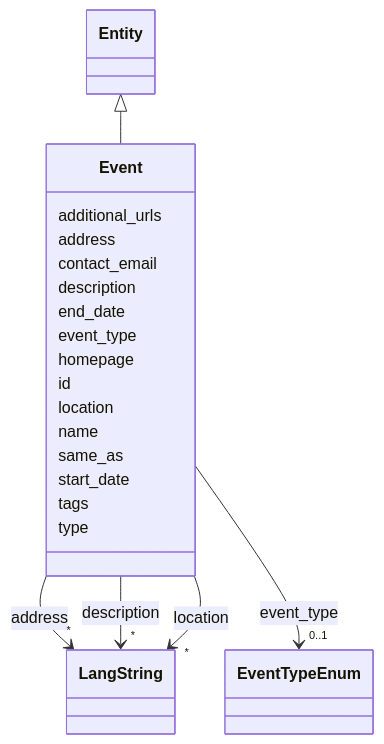
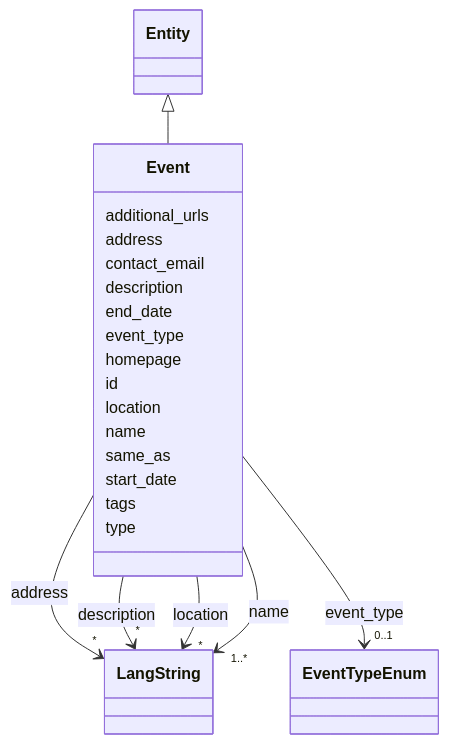
One commit to DARIAH-IL/idhi-manifests changed the diagram in docs/classes/Event.md. Above: the diagram before and after it, drawn with Mermaid. The commit also changed other lines of this file and 20 other files, not shown here.

```diff
--- a/docs/classes/Event.md
+++ b/docs/classes/Event.md
@@ -92,6 +92,17 @@
         
       Event : name
         
+          
+    
+        
+        
+        Event --> "1..*" LangString : name
+        
+        click LangString href "../../classes/LangString/"
+        
+    
+
+        
       Event : same_as
         
       Event : start_date
```
